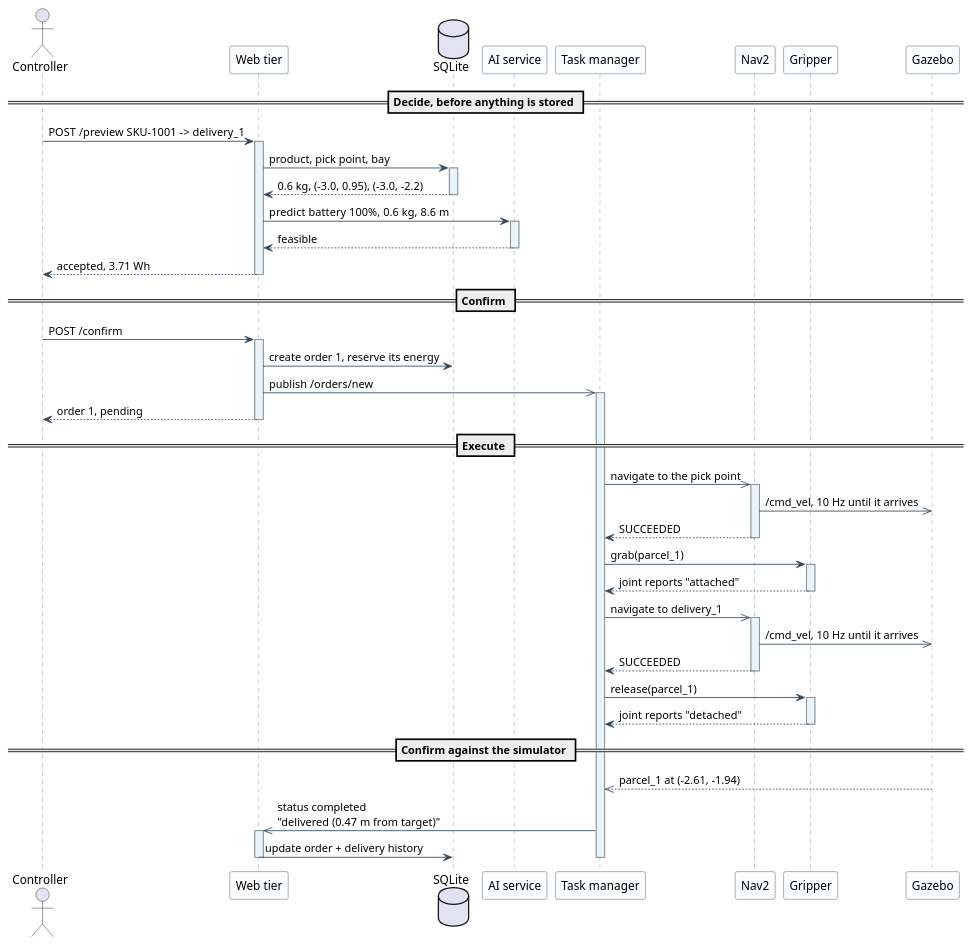
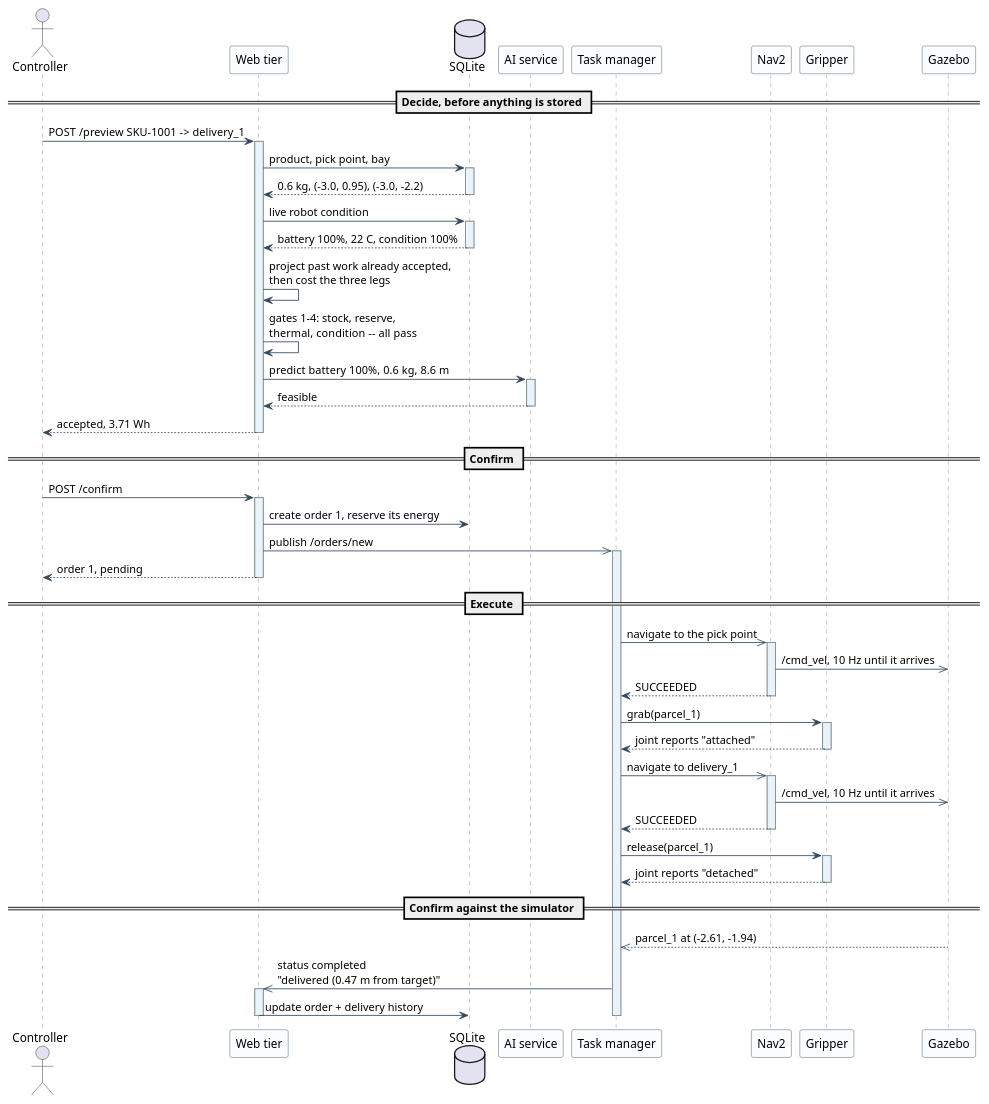
One commit to ArianShafagh/robofetch changed the diagram in report/uml/03-sequence-order-success.puml. Above: the diagram before and after it, drawn with PlantUML. The commit also changed other lines of this file and 4 other files, not shown here.

```diff
--- a/report/uml/03-sequence-order-success.puml
+++ b/report/uml/03-sequence-order-success.puml
@@ -11,56 +15,60 @@
 @startuml
 skinparam backgroundColor White
 skinparam shadowing false
 skinparam sequence {
   ArrowColor #34495E
   LifeLineBorderColor #7F8C8D
   ParticipantBorderColor #34495E
   ParticipantBackgroundColor #FBFCFE
   LifeLineBackgroundColor #EAF2FA
 }
 
 
 actor Controller as C
 participant "Web tier" as API
 database "SQLite" as DB
 participant "AI service" as AI
 participant "Task manager" as TM
 participant "Nav2" as NAV
 participant "Gripper" as GR
 participant "Gazebo" as GZ
 
 == Decide, before anything is stored ==
 C -> API ++ : POST /preview  SKU-1001 -> delivery_1
 API -> DB ++ : product, pick point, bay
 DB --> API -- : 0.6 kg, (-3.0, 0.95), (-3.0, -2.2)
+API -> DB ++ : live robot condition
+DB --> API -- : battery 100%, 22 C, condition 100%
+API -> API : project past work already accepted,\nthen cost the three legs
+API -> API : gates 1-4: stock, reserve,\nthermal, condition  -- all pass
 API -> AI ++ : predict  battery 100%, 0.6 kg, 8.6 m
 AI --> API -- : feasible
 API --> C -- : accepted, 3.71 Wh
 
 == Confirm ==
 C -> API ++ : POST /confirm
 API -> DB : create order 1, reserve its energy
 API ->> TM ++ : publish /orders/new
 API --> C -- : order 1, pending
 
 == Execute ==
 TM ->> NAV ++ : navigate to the pick point
 NAV ->> GZ : /cmd_vel, 10 Hz until it arrives
 NAV --> TM -- : SUCCEEDED
 TM -> GR ++ : grab(parcel_1)
 GR --> TM -- : joint reports "attached"
 TM ->> NAV ++ : navigate to delivery_1
 NAV ->> GZ : /cmd_vel, 10 Hz until it arrives
 NAV --> TM -- : SUCCEEDED
 TM -> GR ++ : release(parcel_1)
 GR --> TM -- : joint reports "detached"
 
 == Confirm against the simulator ==
 GZ -->> TM : parcel_1 at (-2.61, -1.94)
 TM ->> API : status completed\n"delivered (0.47 m from target)"
 activate API
 API -> DB : update order + delivery history
 deactivate API
 deactivate TM
 
 @enduml
```
